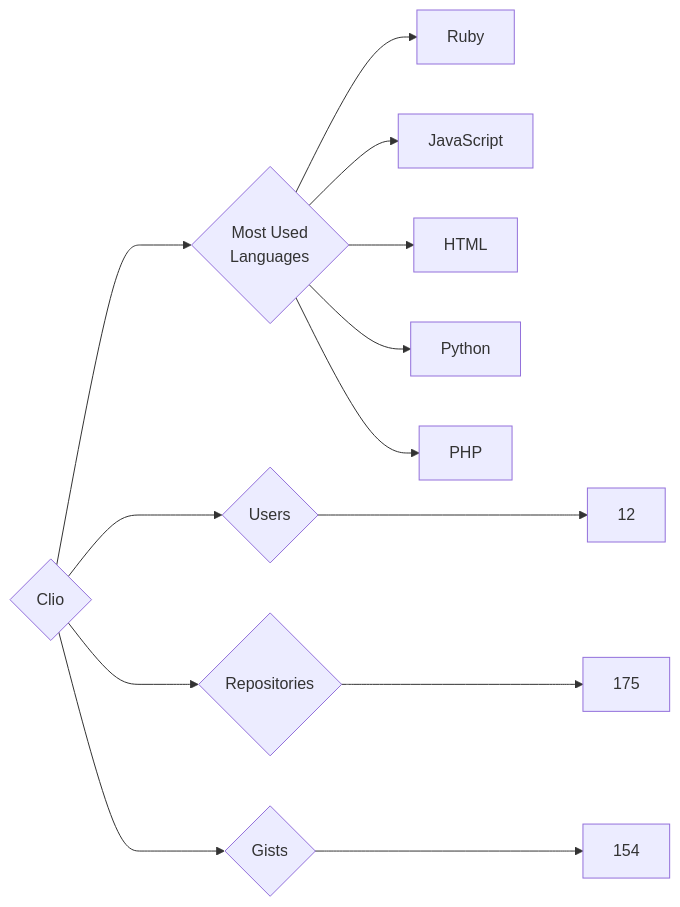
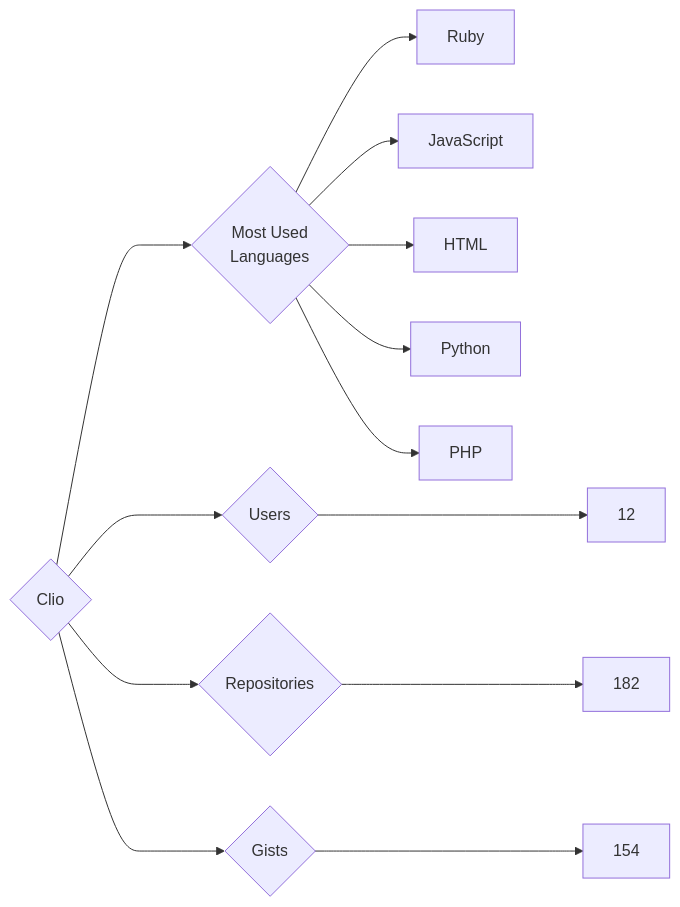
The diagram in targets/Clio/README.md (trickest/insiders), drawn with Mermaid before and after one commit. The commit also changed 1084 other files, not shown here.

````diff
--- a/targets/Clio/README.md
+++ b/targets/Clio/README.md
@@ -3,13 +3,13 @@
 ```mermaid
 graph LR
 COMPANY_NAME{Clio}
 COMPANY_NAME ---> U{Users} ---> UN[12]
-COMPANY_NAME ---> R{Repositories} ---> RN[175]
+COMPANY_NAME ---> R{Repositories} ---> RN[182]
 COMPANY_NAME ---> G{Gists} ---> GN[154]
 COMPANY_NAME ---> ML{Most Used<br>Languages}
 ML --> Ruby[Ruby]
 ML --> JavaScript[JavaScript]
 ML --> HTML[HTML]
 ML --> Python[Python]
 ML --> PHP[PHP]
 ```
````
